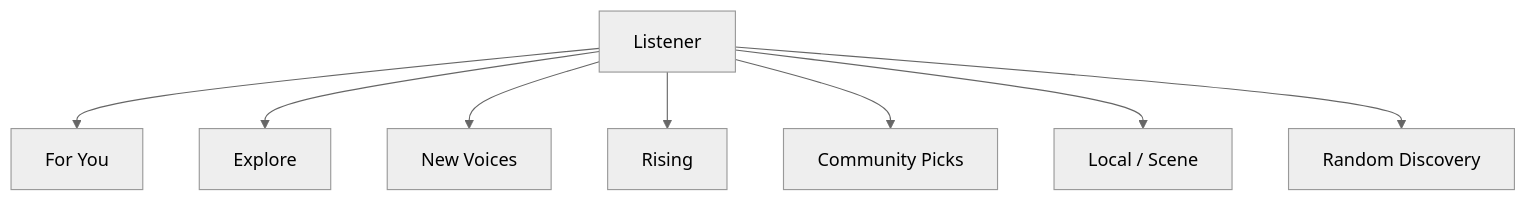
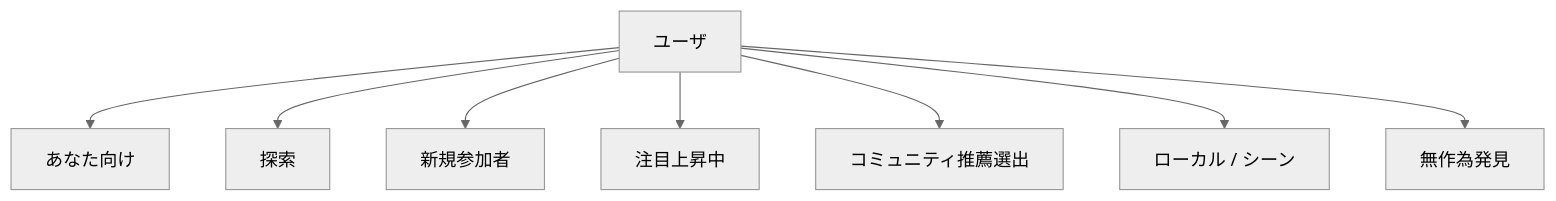
Before and after one commit to ShigeichiroYamasaki/creator-first-platform: the third of 35 diagrams in docs/whitepaper/08-discovery-community.md, drawn with Mermaid (neutral theme). The commit also changed other lines of this file and 72 other files, not shown here.

````diff
--- a/docs/whitepaper/08-discovery-community.md
+++ b/docs/whitepaper/08-discovery-community.md
@@ -122,12 +122,12 @@
 ```mermaid
 flowchart TD
-    USER[Listener]
+    USER[ユーザ]
 
-    USER --> FY[For You]
-    USER --> EX[Explore]
-    USER --> NEW[New Voices]
-    USER --> RISE[Rising]
-    USER --> CP[Community Picks]
-    USER --> LOCAL[Local / Scene]
-    USER --> RANDOM[Random Discovery]
+    USER --> FY[あなた向け]
+    USER --> EX[探索]
+    USER --> NEW[新規参加者]
+    USER --> RISE[注目上昇中]
+    USER --> CP[コミュニティ推薦選出]
+    USER --> LOCAL[ローカル / シーン]
+    USER --> RANDOM[無作為発見]
 ```
````
